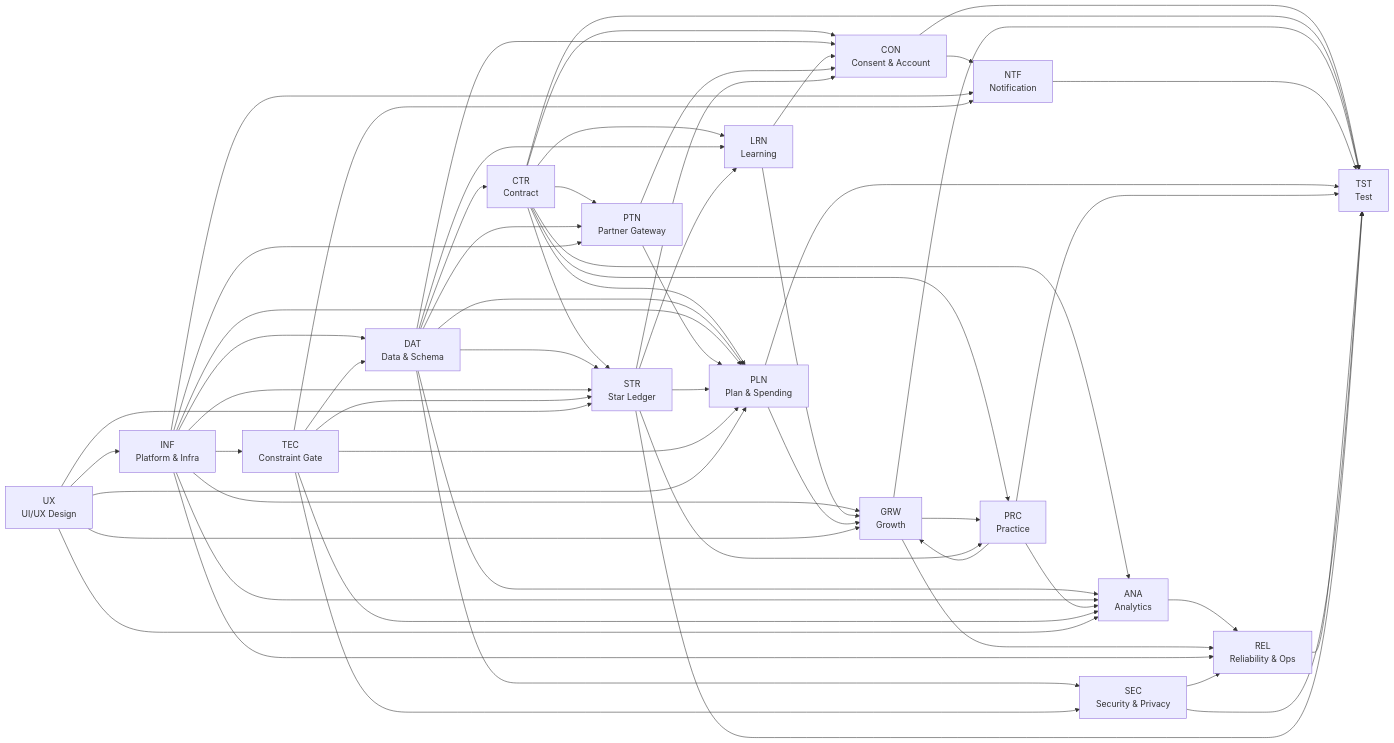
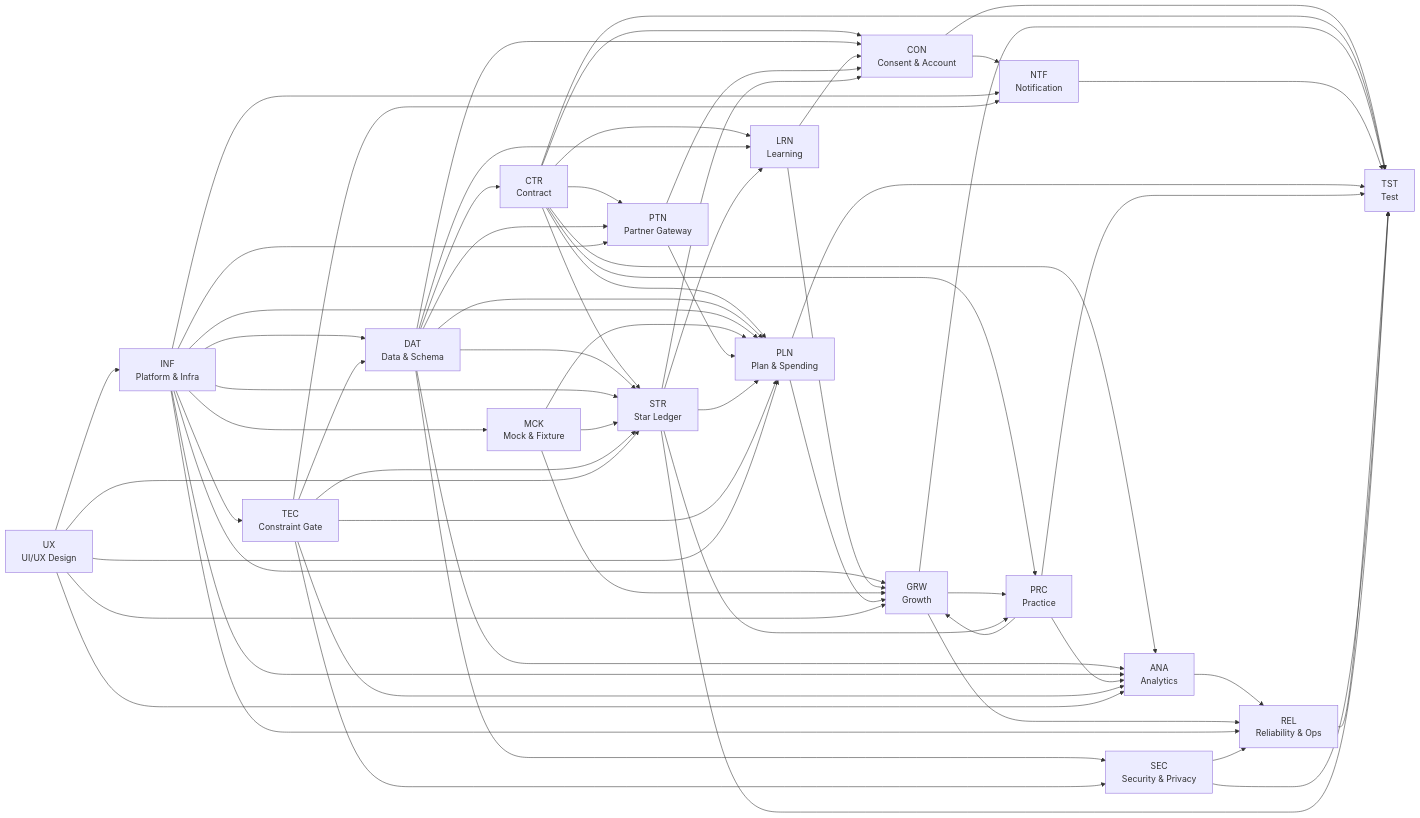
The first of 3 diagrams in docs/plan-docs/[Plan]FinFriends-Execution-Plan.md (2ma1995/finfriends-toSRS), drawn with Mermaid before and after one commit. The commit also changed other lines of this file and 18 other files, not shown here.

```diff
--- a/docs/plan-docs/[Plan]FinFriends-Execution-Plan.md
+++ b/docs/plan-docs/[Plan]FinFriends-Execution-Plan.md
@@ -54,6 +54,7 @@
     TEC["TEC<br/>Constraint Gate"]
     CTR["CTR<br/>Contract"]
     DAT["DAT<br/>Data & Schema"]
+    MCK["MCK<br/>Mock & Fixture"]
     CON["CON<br/>Consent & Account"]
     LRN["LRN<br/>Learning"]
     STR["STR<br/>Star Ledger"]
@@ -92,6 +93,7 @@
     INF --> ANA
     INF --> DAT
     INF --> GRW
+    INF --> MCK
     INF --> NTF
     INF --> PLN
     INF --> PTN
@@ -100,6 +102,9 @@
     INF --> TEC
     LRN --> CON
     LRN --> GRW
+    MCK --> GRW
+    MCK --> PLN
+    MCK --> STR
     NTF --> TST
     PLN --> GRW
     PLN --> TST
```
